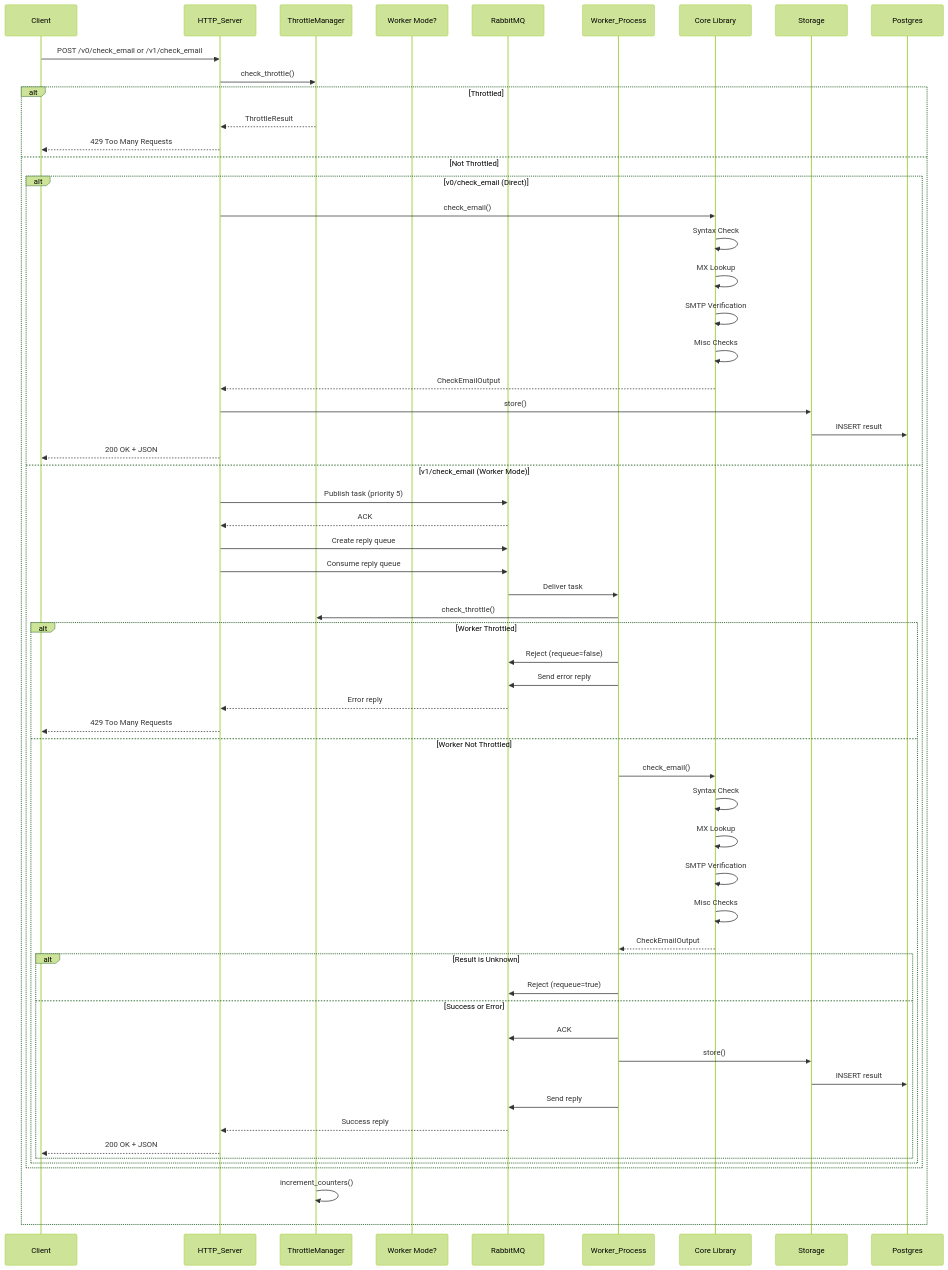
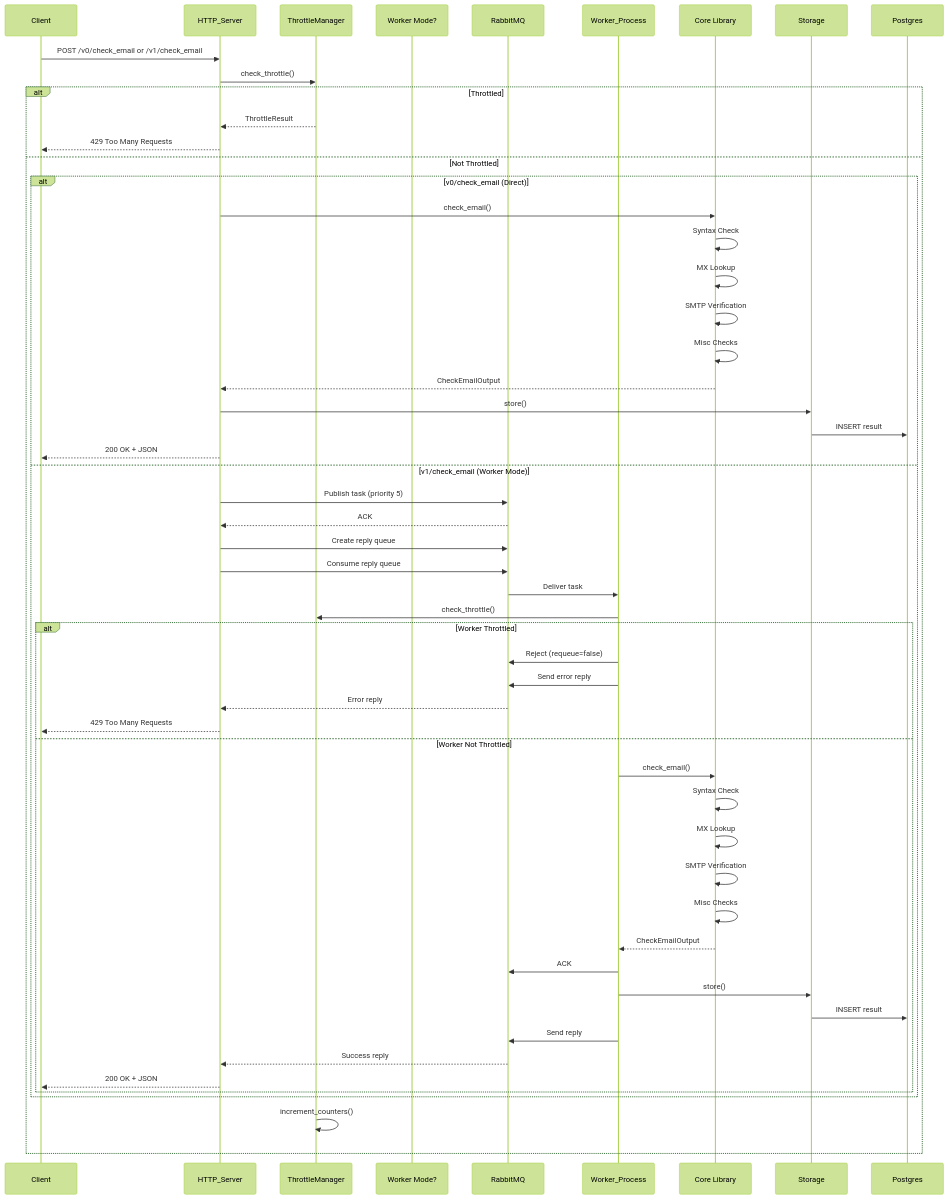
One commit to Oppulence-Engineering/paperless-check-if-email-exists changed the third of 6 diagrams in README.md. Above: the diagram before and after it, drawn with Mermaid (forest theme). The commit also changed other lines of this file and 46 other files, not shown here.

````diff
--- a/README.md
+++ b/README.md
@@ -362,65 +362,61 @@
 ```mermaid
 sequenceDiagram
     participant Client
     participant HTTP_Server
     participant ThrottleManager
     participant Worker as Worker Mode?
     participant RabbitMQ
     participant Worker_Process
     participant Core_Lib as Core Library
     participant Storage
     participant Postgres
 
     Client->>HTTP_Server: POST /v0/check_email or /v1/check_email
     HTTP_Server->>ThrottleManager: check_throttle()
 
     alt Throttled
         ThrottleManager-->>HTTP_Server: ThrottleResult
         HTTP_Server-->>Client: 429 Too Many Requests
     else Not Throttled
         alt v0/check_email (Direct)
             HTTP_Server->>Core_Lib: check_email()
             Core_Lib->>Core_Lib: Syntax Check
             Core_Lib->>Core_Lib: MX Lookup
             Core_Lib->>Core_Lib: SMTP Verification
             Core_Lib->>Core_Lib: Misc Checks
             Core_Lib-->>HTTP_Server: CheckEmailOutput
             HTTP_Server->>Storage: store()
             Storage->>Postgres: INSERT result
             HTTP_Server-->>Client: 200 OK + JSON
         else v1/check_email (Worker Mode)
             HTTP_Server->>RabbitMQ: Publish task (priority 5)
             RabbitMQ-->>HTTP_Server: ACK
             HTTP_Server->>RabbitMQ: Create reply queue
             HTTP_Server->>RabbitMQ: Consume reply queue
 
             RabbitMQ->>Worker_Process: Deliver task
             Worker_Process->>ThrottleManager: check_throttle()
             alt Worker Throttled
                 Worker_Process->>RabbitMQ: Reject (requeue=false)
                 Worker_Process->>RabbitMQ: Send error reply
                 RabbitMQ-->>HTTP_Server: Error reply
                 HTTP_Server-->>Client: 429 Too Many Requests
             else Worker Not Throttled
                 Worker_Process->>Core_Lib: check_email()
                 Core_Lib->>Core_Lib: Syntax Check
                 Core_Lib->>Core_Lib: MX Lookup
                 Core_Lib->>Core_Lib: SMTP Verification
                 Core_Lib->>Core_Lib: Misc Checks
                 Core_Lib-->>Worker_Process: CheckEmailOutput
 
-                alt Result is Unknown
-                    Worker_Process->>RabbitMQ: Reject (requeue=true)
-                else Success or Error
-                    Worker_Process->>RabbitMQ: ACK
-                    Worker_Process->>Storage: store()
-                    Storage->>Postgres: INSERT result
-                    Worker_Process->>RabbitMQ: Send reply
-                    RabbitMQ-->>HTTP_Server: Success reply
-                    HTTP_Server-->>Client: 200 OK + JSON
-                end
+                Worker_Process->>RabbitMQ: ACK
+                Worker_Process->>Storage: store()
+                Storage->>Postgres: INSERT result
+                Worker_Process->>RabbitMQ: Send reply
+                RabbitMQ-->>HTTP_Server: Success reply
+                HTTP_Server-->>Client: 200 OK + JSON
             end
         end
         ThrottleManager->>ThrottleManager: increment_counters()
     end
 ```
````
